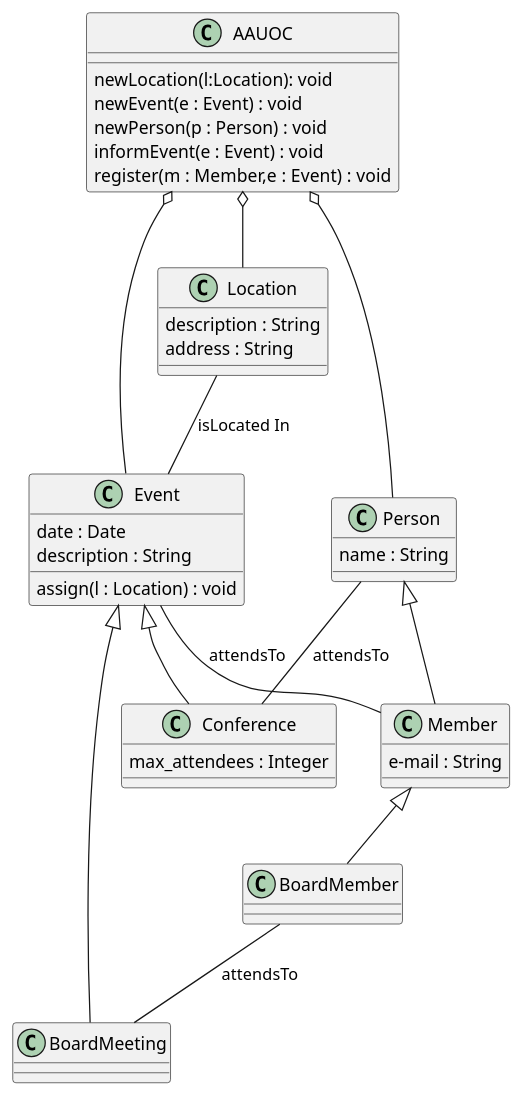
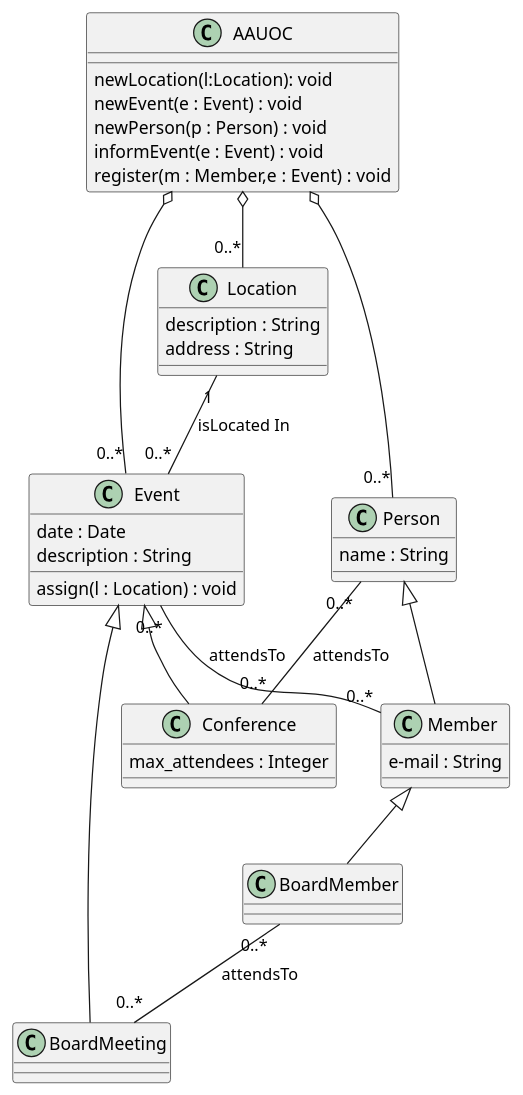
Before and after one commit to frangg222/UMLClasesFranciscoAndres: the diagram in src/PracticaUMLfranciscoAndres.puml, drawn with PlantUML.

Commit message:
Creo cardinalidad y navegabilidad de las relaciones

```diff
--- a/src/PracticaUMLfranciscoAndres.puml
+++ b/src/PracticaUMLfranciscoAndres.puml
@@ -1,48 +1,48 @@
 @startuml
 'https://plantuml.com/class-diagram
 class Member
 class BoardMember
 class Event
 class Conference
 class BoardMeeting
 class Location
 class Person
 class AAUOC
 Event <|-- Conference
 Event <|-- BoardMeeting
 Person <|-- Member
 Member <|-- BoardMember
-AAUOC o-- Person
-AAUOC o-- Location
-AAUOC o-- Event
-Location -- Event:isLocated In
-Event -- Member : attendsTo
-BoardMember -- BoardMeeting:attendsTo
-Person -- Conference:attendsTo
+AAUOC o-- "0..*"Person
+AAUOC o-- "0..*"Location
+AAUOC o-- "0..*"Event
+Location "1" -- "0..*" Event:isLocated In
+Event "0..*" -- "0..*" Member : attendsTo
+BoardMember "0..*"-- "0..*"BoardMeeting:attendsTo
+Person "0..*" -- "0..*"Conference:attendsTo
 class AAUOC {
 newLocation(l:Location): void
 newEvent(e : Event) : void
 newPerson(p : Person) : void
 informEvent(e : Event) : void
 register(m : Member,e : Event) : void
 }
 class Location{
 description : String
 address : String
 }
 class Event{
 date : Date
 description : String
 assign(l : Location) : void
 }
 class Member{
 e-mail : String
 }
 class Conference{
 max_attendees : Integer
 }
 class Person{
 name : String
 }
 
 @enduml
```
